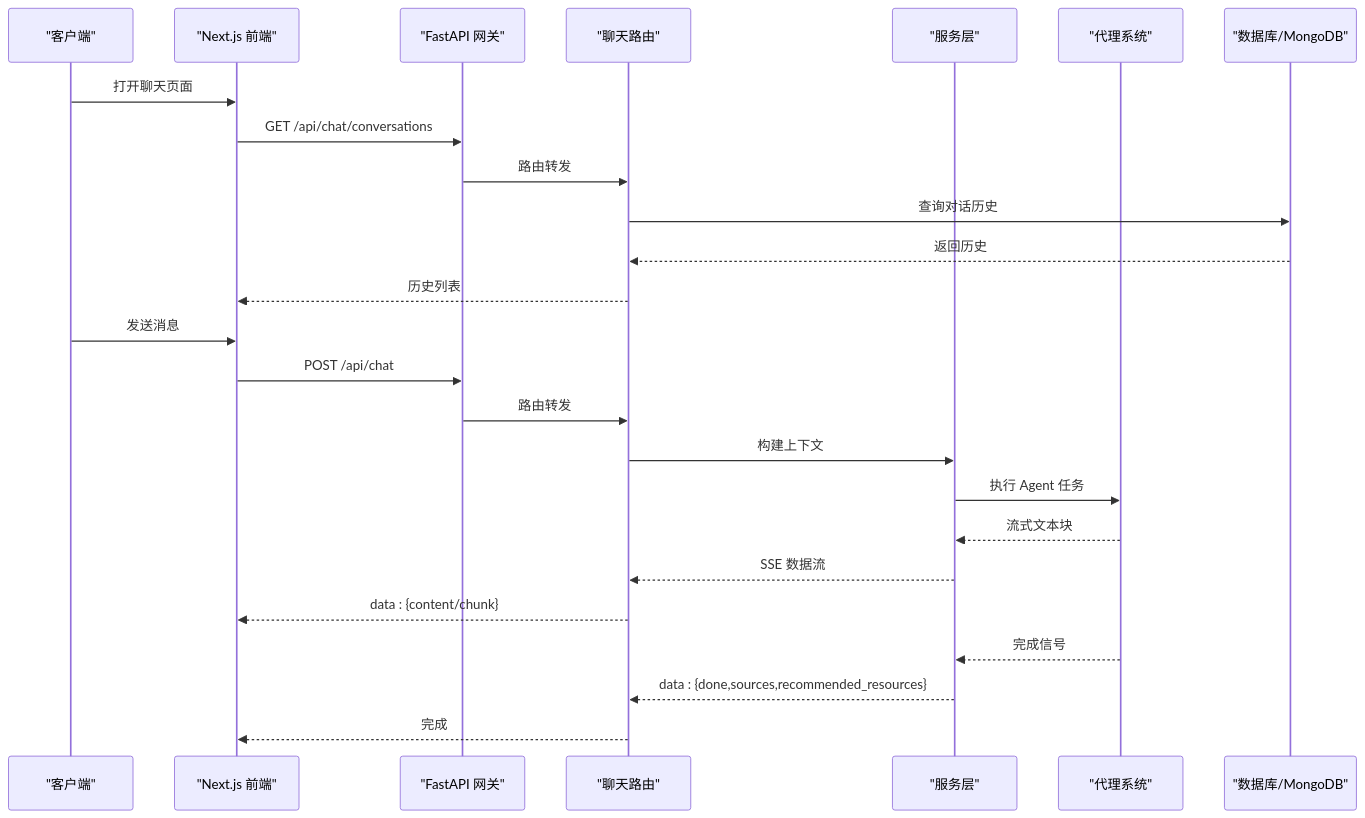
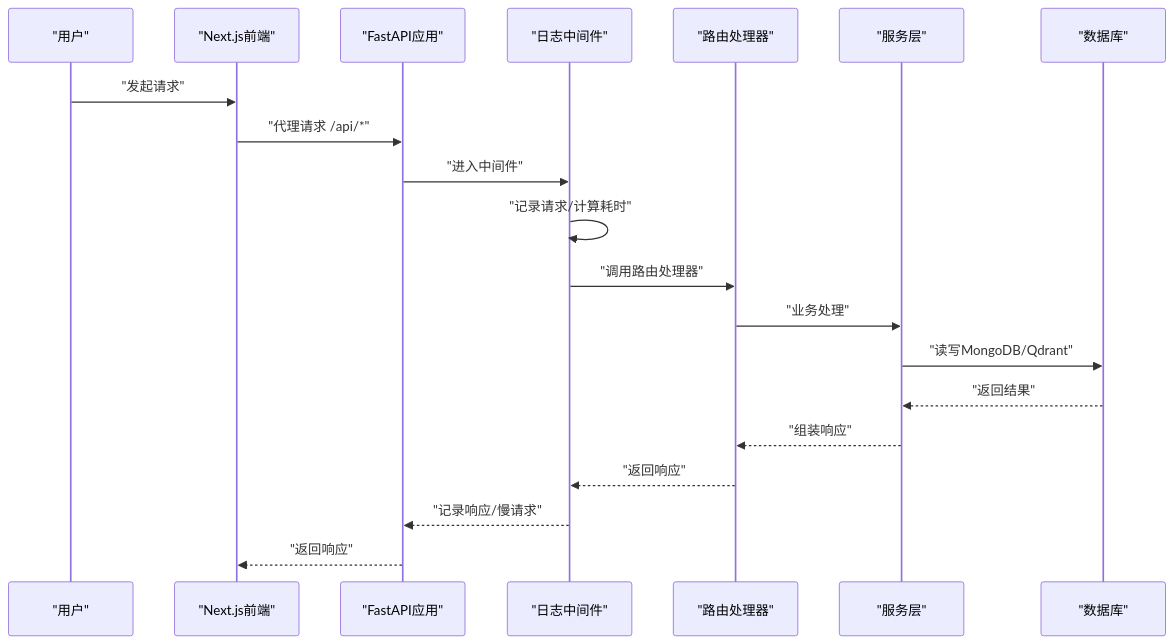
One commit to iammm0/advanced-rag changed the third of 9 diagrams in .qoder/repowiki/zh/content/系统架构/系统架构.md. Above: the diagram before and after it, drawn with Mermaid. The commit also changed other lines of this file and 233 other files, not shown here.

````diff
--- a/.qoder/repowiki/zh/content/系统架构/系统架构.md
+++ b/.qoder/repowiki/zh/content/系统架构/系统架构.md
@@ -167,27 +167,22 @@
 ```mermaid
 sequenceDiagram
-participant C as "客户端"
-participant F as "Next.js 前端"
-participant G as "FastAPI 网关"
-participant R as "聊天路由"
+participant U as "用户"
+participant N as "Next.js前端"
+participant F as "FastAPI应用"
+participant MW as "日志中间件"
+participant R as "路由处理器"
 participant S as "服务层"
-participant A as "代理系统"
-participant D as "数据库/MongoDB"
-C->>F : 打开聊天页面
-F->>G : GET /api/chat/conversations
-G->>R : 路由转发
-R->>D : 查询对话历史
-D-->>R : 返回历史
-R-->>F : 历史列表
-C->>F : 发送消息
-F->>G : POST /api/chat
-G->>R : 路由转发
-R->>S : 构建上下文
-S->>A : 执行 Agent 任务
-A-->>S : 流式文本块
-S-->>R : SSE 数据流
-R-->>F : data : {content/chunk}
-A-->>S : 完成信号
-S-->>R : data : {done,sources,recommended_resources}
-R-->>F : 完成
+participant D as "数据库"
+U->>N : "发起请求"
+N->>F : "代理请求 /api/*"
+F->>MW : "进入中间件"
+MW->>MW : "记录请求/计算耗时"
+MW->>R : "调用路由处理器"
+R->>S : "业务处理"
+S->>D : "读写MongoDB/Qdrant"
+D-->>S : "返回结果"
+S-->>R : "组装响应"
+R-->>MW : "返回响应"
+MW-->>F : "记录响应/慢请求"
+F-->>N : "返回响应"
 ```
````
